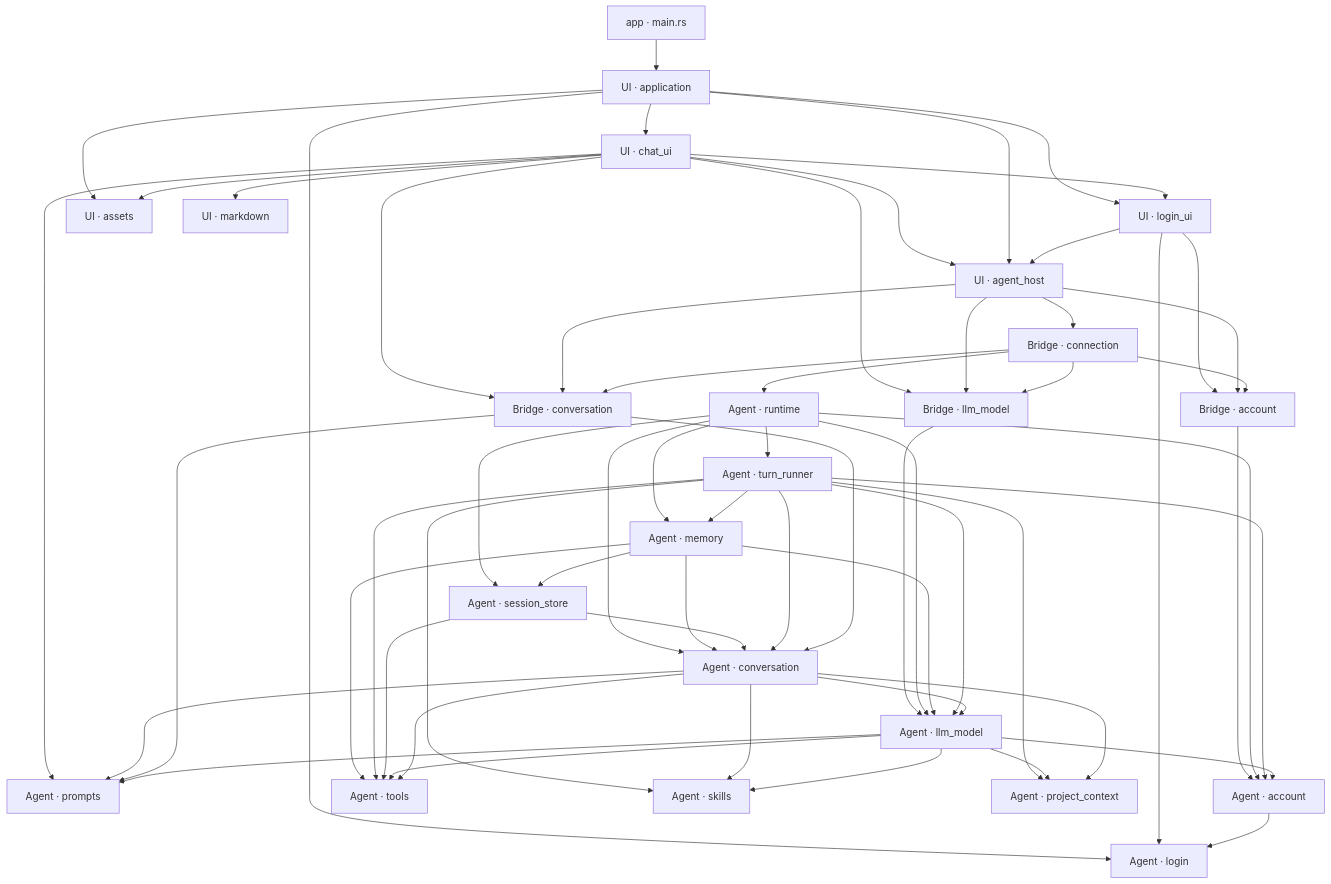
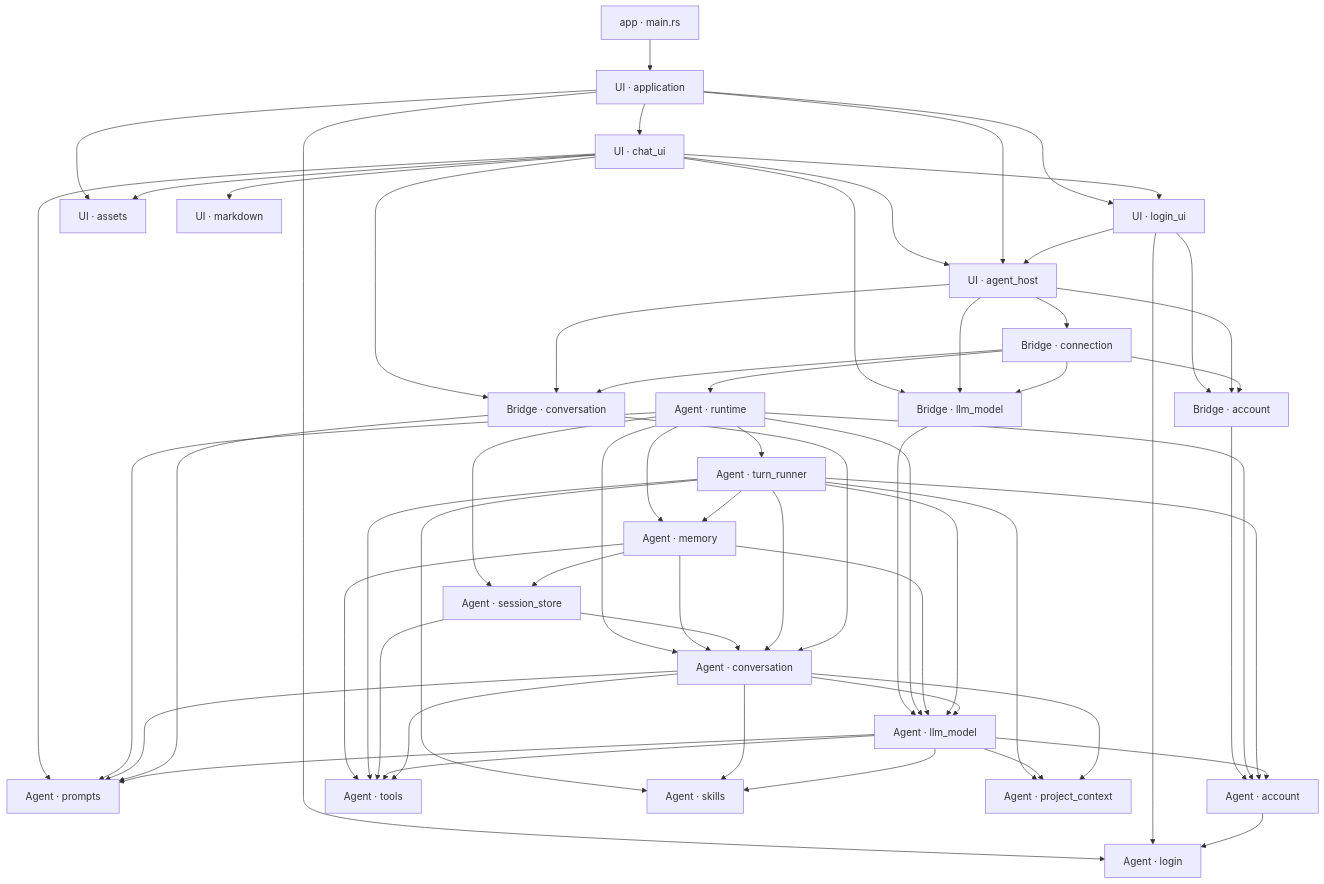
The first of 3 diagrams in docs/design/architecture.md (slc90/Agentelier), drawn with Mermaid before and after one commit. The commit also changed other lines of this file and 14 other files, not shown here.

````diff
--- a/docs/design/architecture.md
+++ b/docs/design/architecture.md
@@ -37,61 +37,62 @@
 ```mermaid
 flowchart TD
     Entry["app · main.rs"] --> App["UI · application"]
     App --> UI["UI · login_ui"]
     App --> Assets["UI · assets"]
     App --> Login["Agent · login"]
     UI --> Login
     App --> ChatUI["UI · chat_ui"]
     ChatUI --> Markdown["UI · markdown"]
     ChatUI --> UI
     ChatUI --> Host
     App --> Host["UI · agent_host"]
     UI --> Host
     Host --> Connection["Bridge · connection"]
     UI --> AccountBridge["Bridge · account"]
     ChatUI --> ModelBridge["Bridge · llm_model"]
     ChatUI --> ConversationBridge["Bridge · conversation"]
     ChatUI --> Prompts["Agent · prompts"]
     ChatUI --> Assets
     Host --> AccountBridge
     Host --> ModelBridge
     Host --> ConversationBridge
     Connection --> Runtime["Agent · runtime"]
     Connection --> AccountBridge
     Connection --> ModelBridge
     Connection --> ConversationBridge
     AccountBridge --> Account["Agent · account"]
     ModelBridge --> Model["Agent · llm_model"]
     Runtime --> Account
     Runtime --> Model
     Runtime --> Conversation["Agent · conversation"]
     Runtime --> SessionStore["Agent · session_store"]
     Runtime --> Memory["Agent · memory"]
+    Runtime --> Prompts
     Memory --> SessionStore
     Memory --> Conversation
     Memory --> Model
     Memory --> Tools
     SessionStore --> Conversation
     Runtime --> Runner["Agent · turn_runner"]
     Runner --> Conversation
     Runner --> Skills["Agent · skills"]
     Conversation --> Skills
     Runner --> ProjectContext["Agent · project_context"]
     Runner --> Model
     Runner --> Memory
     Runner --> Account
     Runner --> Tools["Agent · tools"]
     SessionStore --> Tools
     Model --> Skills
     Model --> ProjectContext
     Model --> Tools
     Conversation --> Tools
     Conversation --> Model
     Conversation --> Prompts
     Conversation --> ProjectContext
     ConversationBridge --> Conversation
     ConversationBridge --> Prompts
     Model --> Prompts
     Model --> Account
     Account --> Login
 ```
````
